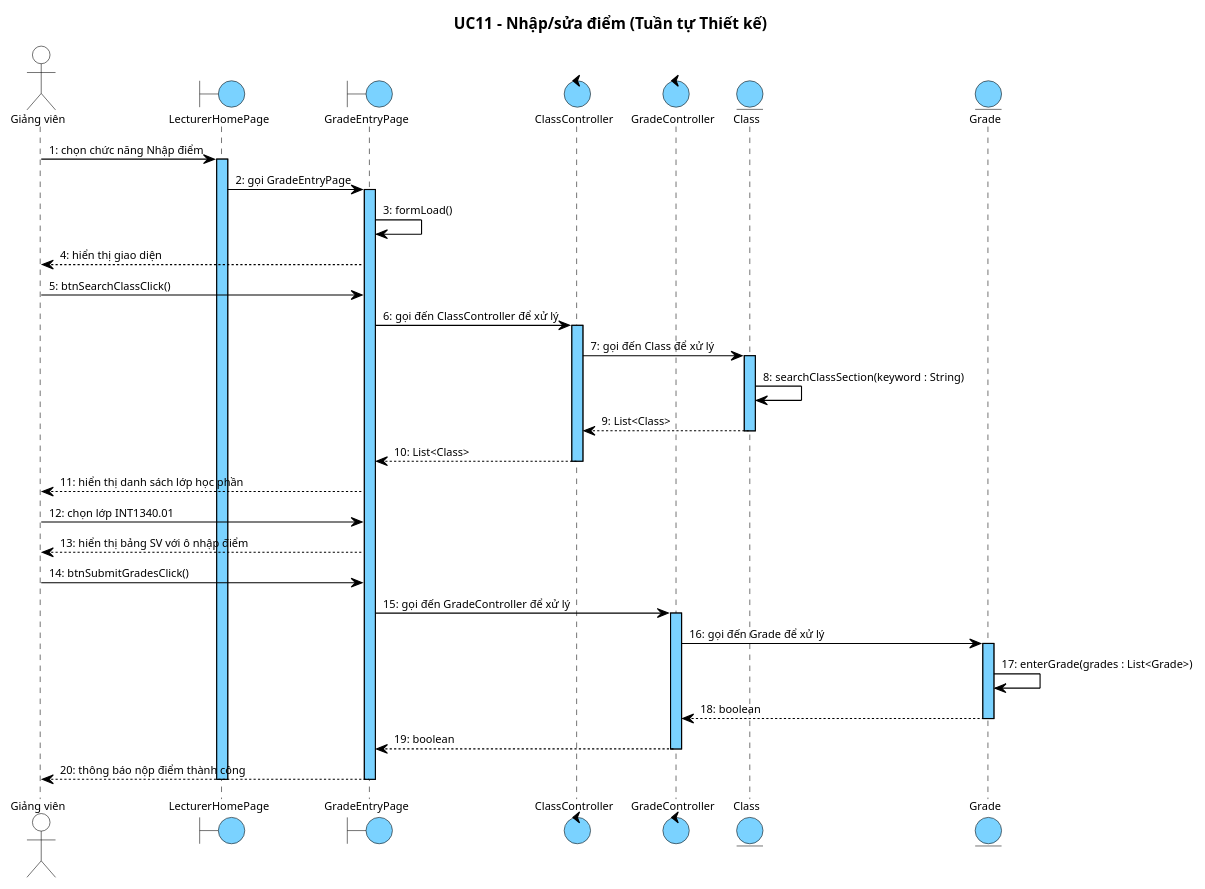
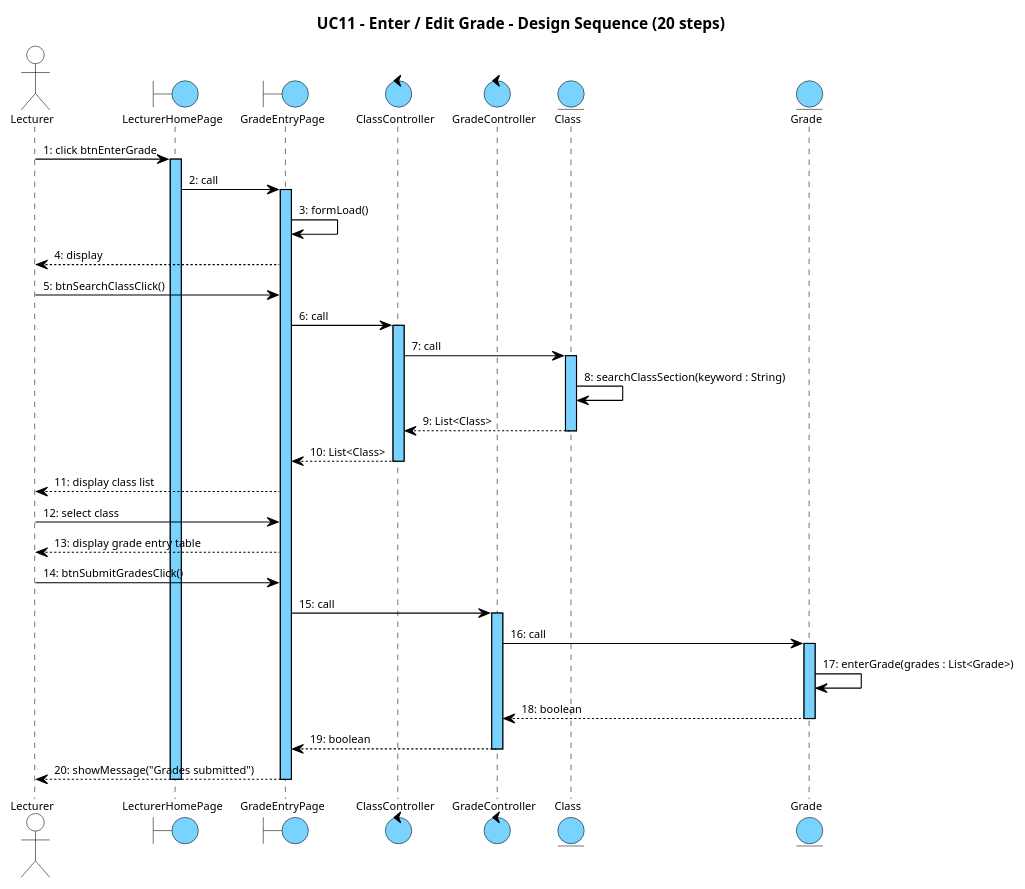
One commit to thanhtrnnn/universe changed diagram 20 of 20 in report/md/module3_attendance_grades.md. Above: the diagram before and after it, drawn with PlantUML. The commit also changed other lines of this file and 27 other files, not shown here.

First line of the commit message:
feat(module3): rewrite II.4+III.4 seq diagrams per updated cnpm skill; sync skill from remote

```diff
--- a/report/md/module3_attendance_grades.md
+++ b/report/md/module3_attendance_grades.md
@@ -1628,17 +1837,45 @@
   FontName "Arial"
   FontSize 10
   FontColor #000000
-  boundary { BackgroundColor #7AD2FF; LineColor #000000 }
-  control { BackgroundColor #7AD2FF; LineColor #000000 }
-  entity { BackgroundColor #7AD2FF; LineColor #000000 }
-  actor { BackgroundColor transparent; LineColor #000000 }
-  lifeline { LineColor #000000; LineStyle 5-5 }
-  arrow { LineColor #000000; LineThickness 1; FontSize 10 }
+
+  participant {
+    BackgroundColor #7AD2FF
+    LineColor #000000
+    LineThickness 1
+  }
+
+  actor {
+    BackgroundColor transparent
+    LineColor #000000
+  }
+  boundary {
+    BackgroundColor #7AD2FF
+    LineColor #000000
+  }
+  control {
+    BackgroundColor #7AD2FF
+    LineColor #000000
+  }
+  entity {
+    BackgroundColor #7AD2FF
+    LineColor #000000
+  }
+
+  lifeline {
+    LineColor #000000
+    LineStyle 5-5
+  }
+
+  arrow {
+    LineColor #000000
+    LineThickness 1
+    FontSize 10
+  }
 }
 </style>
-title UC11 – Nhập/sửa điểm (Tuần tự Thiết kế)
+title UC11 – Enter / Edit Grade – Design Sequence (20 steps)
 
-actor "Giảng viên" as GV
+actor "Lecturer" as Actor
 boundary LecturerHomePage
 boundary GradeEntryPage
 control ClassController
@@ -1646,36 +1883,36 @@
 entity Class
 entity Grade
 
-GV -> LecturerHomePage : 1: chọn chức năng Nhập điểm
+Actor -> LecturerHomePage : 1: click btnEnterGrade
 activate LecturerHomePage
-LecturerHomePage -> GradeEntryPage : 2: gọi GradeEntryPage
+LecturerHomePage -> GradeEntryPage : 2: call
 activate GradeEntryPage
 GradeEntryPage -> GradeEntryPage : 3: formLoad()
-GradeEntryPage --> GV : 4: hiển thị giao diện
-GV -> GradeEntryPage : 5: btnSearchClassClick()
-GradeEntryPage -> ClassController : 6: gọi đến ClassController để xử lý
+GradeEntryPage --> Actor : 4: display
+Actor -> GradeEntryPage : 5: btnSearchClassClick()
+GradeEntryPage -> ClassController : 6: call
 activate ClassController
-ClassController -> Class : 7: gọi đến Class để xử lý
+ClassController -> Class : 7: call
 activate Class
 Class -> Class : 8: searchClassSection(keyword : String)
 Class --> ClassController : 9: List<Class>
 deactivate Class
 ClassController --> GradeEntryPage : 10: List<Class>
 deactivate ClassController
-GradeEntryPage --> GV : 11: hiển thị danh sách lớp học phần
-GV -> GradeEntryPage : 12: chọn lớp INT1340.01
-GradeEntryPage --> GV : 13: hiển thị bảng SV với ô nhập điểm
-GV -> GradeEntryPage : 14: btnSubmitGradesClick()
-GradeEntryPage -> GradeController : 15: gọi đến GradeController để xử lý
+GradeEntryPage --> Actor : 11: display class list
+Actor -> GradeEntryPage : 12: select class
+GradeEntryPage --> Actor : 13: display grade entry table
+Actor -> GradeEntryPage : 14: btnSubmitGradesClick()
+GradeEntryPage -> GradeController : 15: call
 activate GradeController
-GradeController -> Grade : 16: gọi đến Grade để xử lý
+GradeController -> Grade : 16: call
 activate Grade
 Grade -> Grade : 17: enterGrade(grades : List<Grade>)
 Grade --> GradeController : 18: boolean
 deactivate Grade
 GradeController --> GradeEntryPage : 19: boolean
 deactivate GradeController
-GradeEntryPage --> GV : 20: thông báo nộp điểm thành công
+GradeEntryPage --> Actor : 20: showMessage("Grades submitted")
 deactivate GradeEntryPage
 deactivate LecturerHomePage
 @enduml
```
